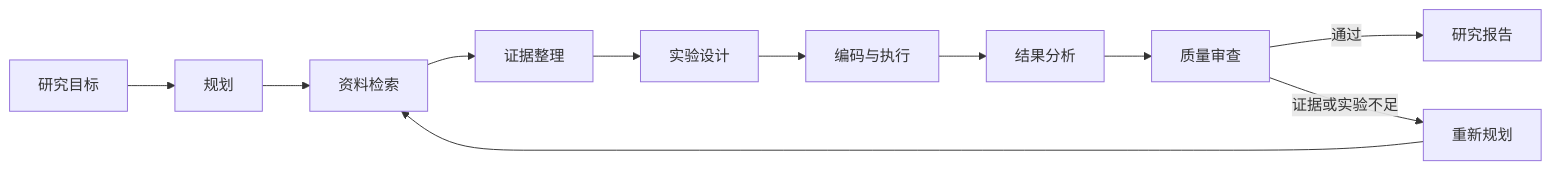
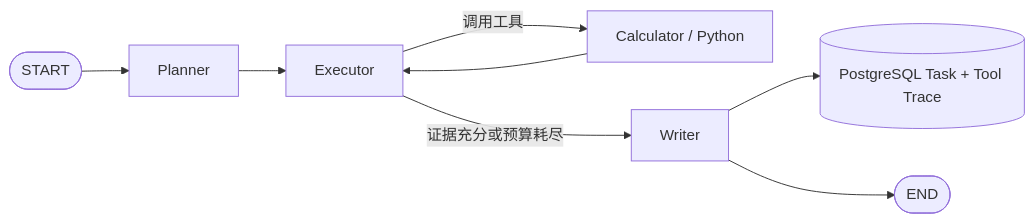
One commit to windskyther/AutoScholar changed the diagram in README.md. Above: the diagram before and after it, drawn with Mermaid. The commit also changed other lines of this file and 3 other files, not shown here.

````diff
--- a/README.md
+++ b/README.md
@@ -19,13 +23,10 @@
 ```mermaid
 flowchart LR
-    A[研究目标] --> B[规划]
-    B --> C[资料检索]
-    C --> D[证据整理]
-    D --> E[实验设计]
-    E --> F[编码与执行]
-    F --> G[结果分析]
-    G --> H[质量审查]
-    H -->|通过| I[研究报告]
-    H -->|证据或实验不足| J[重新规划]
-    J --> C
+    S([START]) --> P[Planner]
+    P --> E[Executor]
+    E -->|调用工具| T[Calculator / Python]
+    T --> E
+    E -->|证据充分或预算耗尽| W[Writer]
+    W --> X[(PostgreSQL Task + Tool Trace)]
+    W --> F([END])
 ```
````
